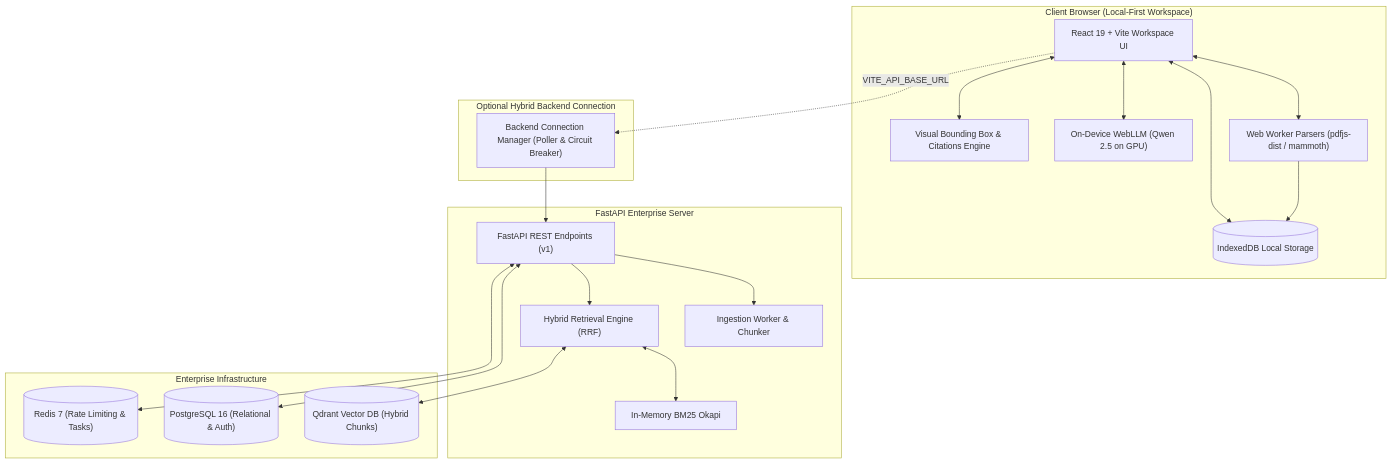
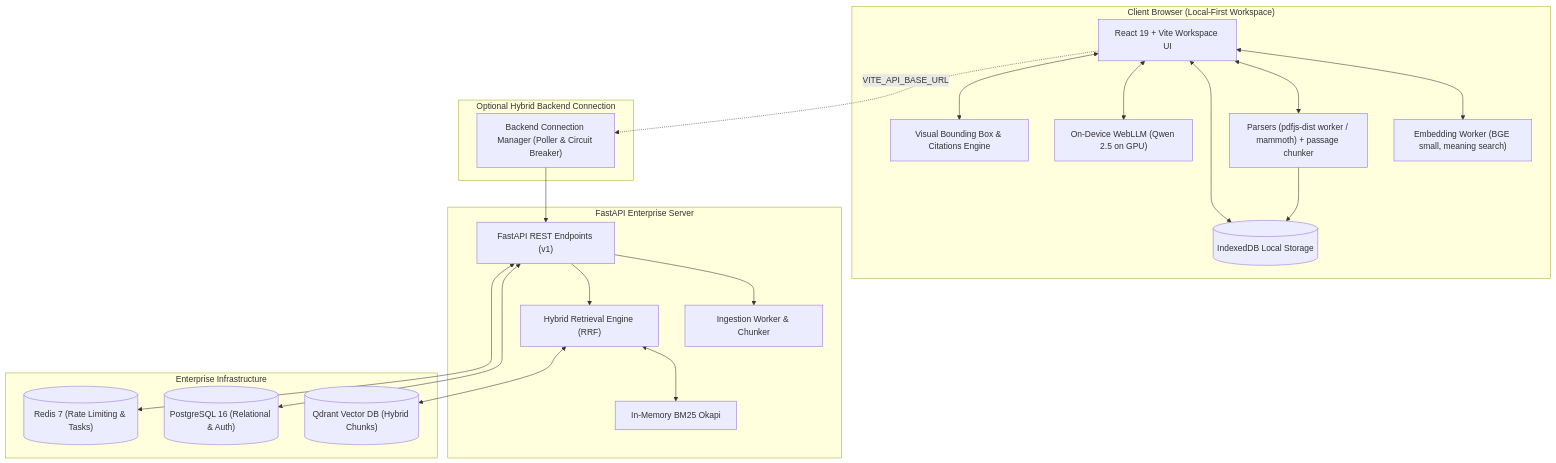
The diagram in README.md (baymax-14/Documind-ai), drawn with Mermaid before and after one commit. The commit also changed other lines of this file and 31 other files, not shown here.

````diff
--- a/README.md
+++ b/README.md
@@ -88,43 +90,45 @@
 ```mermaid
 flowchart TD
   subgraph Client ["Client Browser (Local-First Workspace)"]
     UI["React 19 + Vite Workspace UI"]
-    Parser["Web Worker Parsers (pdfjs-dist / mammoth)"]
+    Parser["Parsers (pdfjs-dist worker / mammoth) + passage chunker"]
     IDB[("IndexedDB Local Storage")]
     WebGPU["On-Device WebLLM (Qwen 2.5 on GPU)"]
+    Embed["Embedding Worker (BGE small, meaning search)"]
+    UI <--> Embed
     Grounding["Visual Bounding Box & Citations Engine"]
     
     UI <--> Parser
     Parser --> IDB
     UI <--> IDB
     UI <--> WebGPU
     UI <--> Grounding
   end
 
   subgraph CloudGateway ["Optional Hybrid Backend Connection"]
     ConnMgr["Backend Connection Manager (Poller & Circuit Breaker)"]
     UI -.->|VITE_API_BASE_URL| ConnMgr
   end
 
   subgraph BackendServer ["FastAPI Enterprise Server"]
     API["FastAPI REST Endpoints (v1)"]
     Ingest["Ingestion Worker & Chunker"]
     Hybrid["Hybrid Retrieval Engine (RRF)"]
     BM25["In-Memory BM25 Okapi"]
     
     ConnMgr --> API
     API --> Ingest
     API --> Hybrid
     Hybrid <--> BM25
   end
 
   subgraph Storage ["Enterprise Infrastructure"]
     PG[("PostgreSQL 16 (Relational & Auth)")]
     Qdrant[("Qdrant Vector DB (Hybrid Chunks)")]
     Redis[("Redis 7 (Rate Limiting & Tasks)")]
     
     API <--> PG
     Hybrid <--> Qdrant
     API <--> Redis
   end
 ```
````
